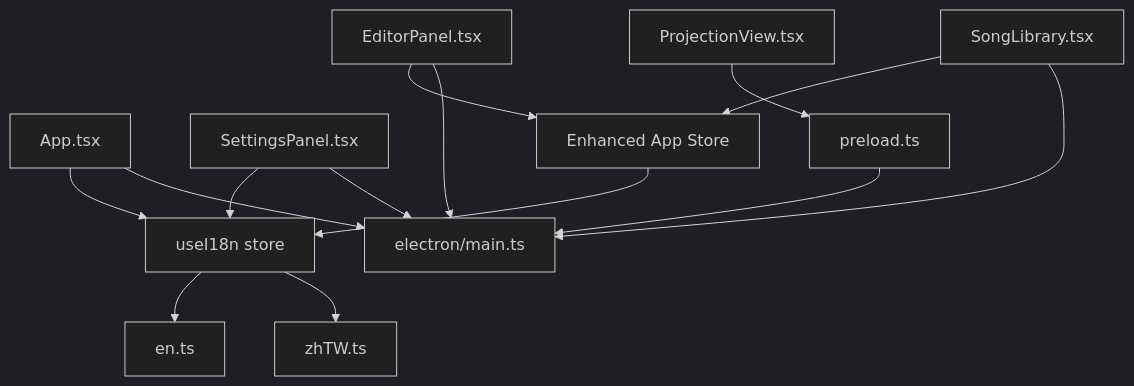
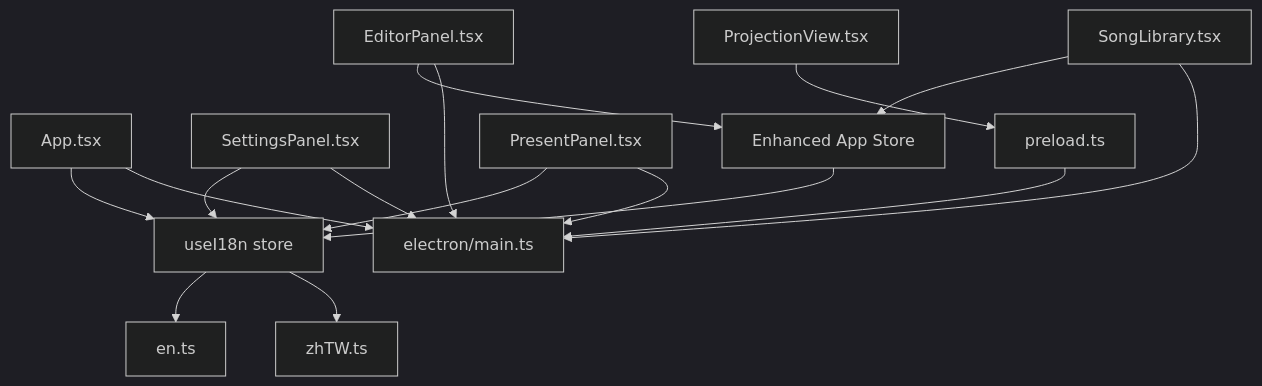
Before and after one commit to jimmywyk/lyricdeck: the sixth of 6 diagrams in .qoder/repowiki/en/content/Internationalization.md, drawn with Mermaid (dark theme). The commit also changed other lines of this file and 8 other files, not shown here.

````diff
--- a/.qoder/repowiki/en/content/Internationalization.md
+++ b/.qoder/repowiki/en/content/Internationalization.md
@@ -305,16 +372,18 @@
 ```mermaid
 graph TB
 Store["useI18n store"] --> En["en.ts"]
 Store --> ZhTW["zhTW.ts"]
 App["App.tsx"] --> Store
 Settings["SettingsPanel.tsx"] --> Store
 Projection["ProjectionView.tsx"] --> Preload["preload.ts"]
+Present["PresentPanel.tsx"] --> Store
 Preload --> MainProc["electron/main.ts"]
 Editor["EditorPanel.tsx"] --> AppStore["Enhanced App Store"]
 Library["SongLibrary.tsx"] --> AppStore
 AppStore --> Store
 App --> MainProc
 Settings --> MainProc
+Present --> MainProc
 Editor --> MainProc
 Library --> MainProc
 ```
````
